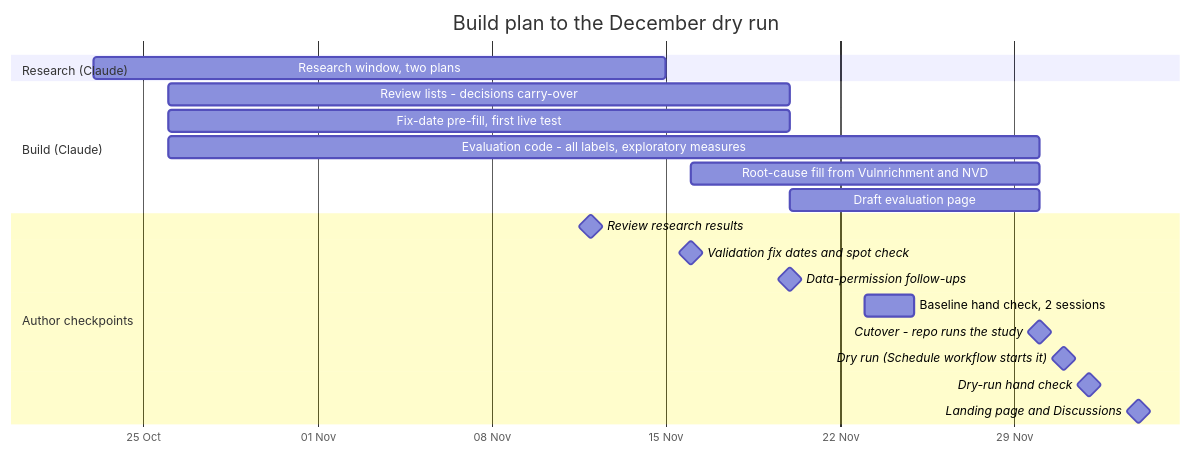
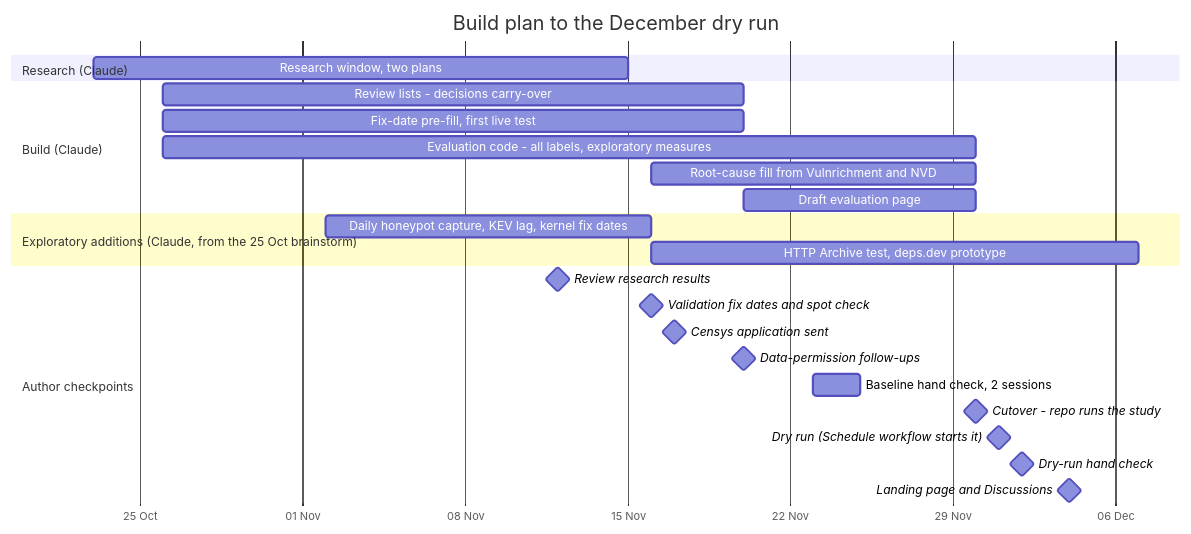
The diagram in docs/diagrams/build_plan.mmd (pagagne/internet-security-snapshot), drawn with Mermaid before and after one commit. The commit also changed 17 other files, not shown here.

First line of the commit message:
Brainstorm decisions of 25 Oct: exploratory sources scheduled, Censys application to 17 Nov, inquiry log, watch cases by rule

```diff
--- a/docs/diagrams/build_plan.mmd
+++ b/docs/diagrams/build_plan.mmd
@@ -1,22 +1,26 @@
 gantt
   title Build plan to the December dry run
   dateFormat YYYY-MM-DD
   axisFormat %d %b
   tickInterval 1week
   section Research (Claude)
     Research window, two plans         :2026-10-23, 2026-11-15
   section Build (Claude)
     Review lists - decisions carry-over  :2026-10-26, 2026-11-20
     Fix-date pre-fill, first live test  :2026-10-26, 2026-11-20
     Evaluation code - all labels, exploratory measures :2026-10-26, 2026-11-30
     Root-cause fill from Vulnrichment and NVD :2026-11-16, 2026-11-30
     Draft evaluation page               :2026-11-20, 2026-11-30
+  section Exploratory additions (Claude, from the 25 Oct brainstorm)
+    Daily honeypot capture, KEV lag, kernel fix dates :2026-11-02, 2026-11-16
+    HTTP Archive test, deps.dev prototype :2026-11-16, 2026-12-07
   section Author checkpoints
     Review research results             :milestone, 2026-11-12, 0d
     Validation fix dates and spot check :milestone, 2026-11-16, 0d
+    Censys application sent             :milestone, 2026-11-17, 0d
     Data-permission follow-ups          :milestone, 2026-11-20, 0d
     Baseline hand check, 2 sessions     :2026-11-23, 2d
     Cutover - repo runs the study       :milestone, 2026-11-30, 0d
     Dry run (Schedule workflow starts it) :milestone, 2026-12-01, 0d
     Dry-run hand check                  :milestone, 2026-12-02, 0d
     Landing page and Discussions        :milestone, 2026-12-04, 0d
```
